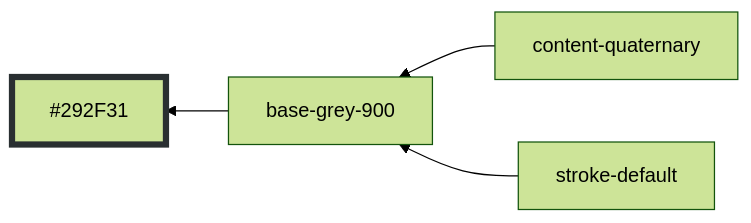
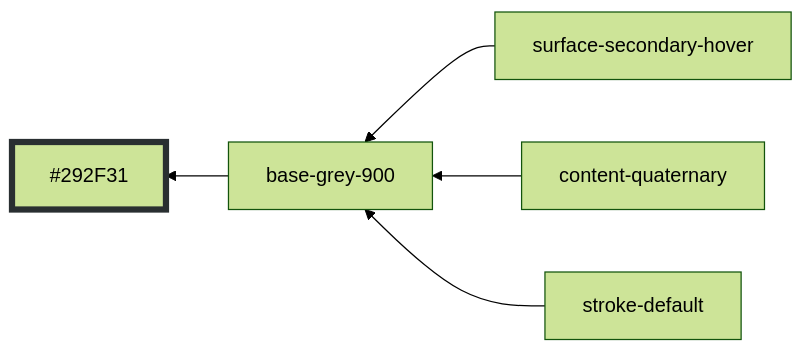
Before and after one commit to oxidecomputer/console: diagram 25 of 30 in libs/ui/styles/themes/operator-mode.md, drawn with Mermaid (forest theme). The commit also changed other lines of this file and 3 other files, not shown here.

````diff
--- a/libs/ui/styles/themes/operator-mode.md
+++ b/libs/ui/styles/themes/operator-mode.md
@@ -317,8 +317,9 @@
 ```mermaid
 graph RL
   base-grey-900 --> #292F31:::base-grey-900
+  surface-secondary-hover --> base-grey-900
   content-quaternary --> base-grey-900
   stroke-default --> base-grey-900
 
   classDef base-grey-900 stroke-width:5,stroke:#292F31
 ```
````
